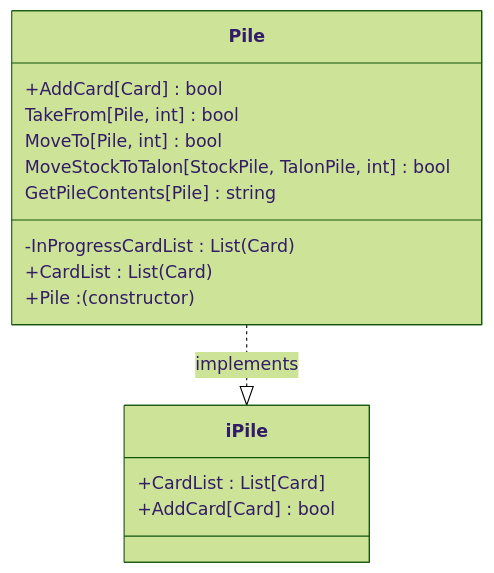
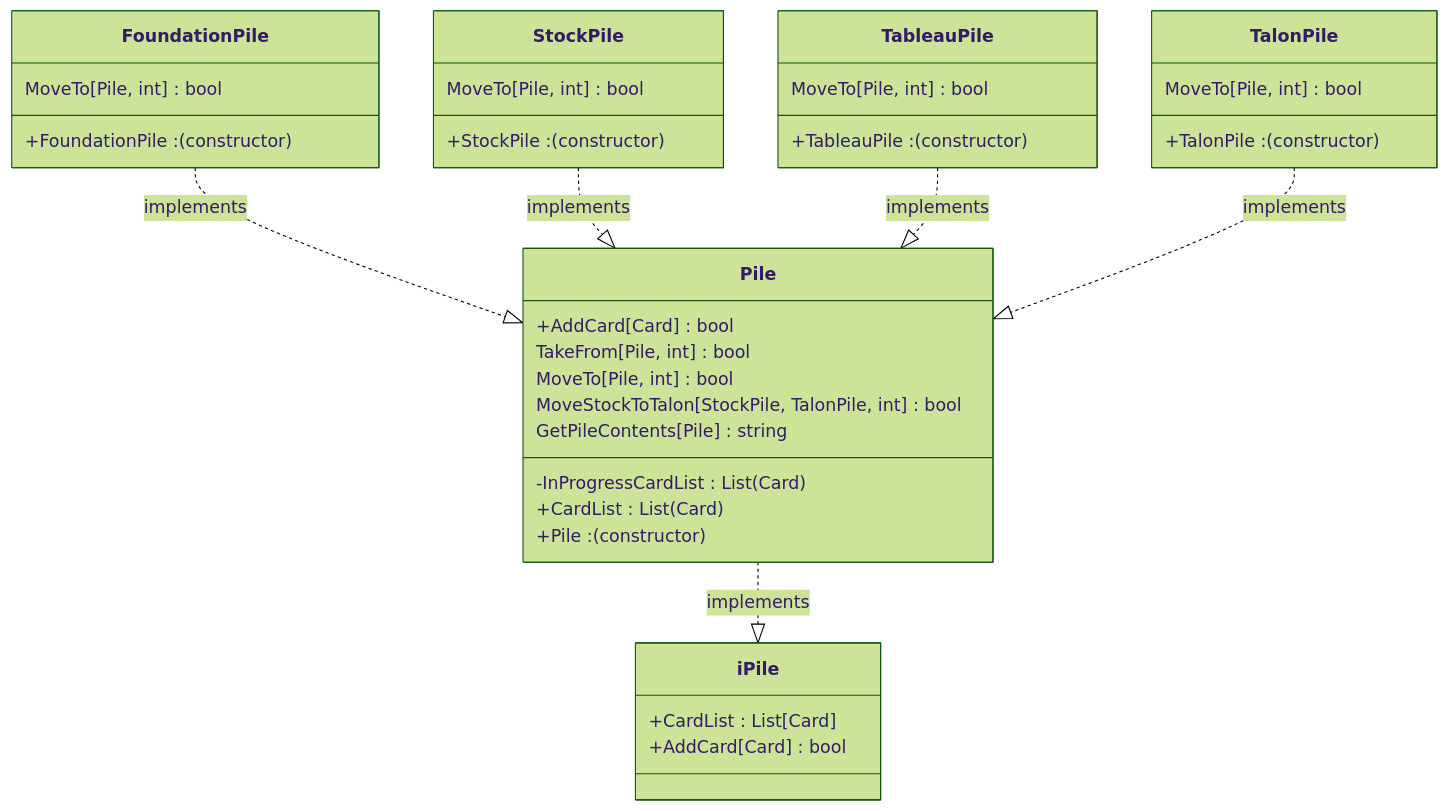
The first of 4 diagrams in README.md (JChrisCompton/Solitaire_TDD), drawn with Mermaid (forest theme) before and after one commit.

Commit message:
Added derived classes.

````diff
--- a/README.md
+++ b/README.md
@@ -9,19 +9,39 @@
 ```mermaid
 classDiagram
+	class FoundationPile {
+		MoveTo[Pile, int] : bool
+		+FoundationPile : (constructor)
+	}
+	FoundationPile ..|> Pile : implements
+	class StockPile {
+		MoveTo[Pile, int] : bool
+		+StockPile : (constructor)
+	}
+	StockPile ..|> Pile : implements
+	class TableauPile {
+		MoveTo[Pile, int] : bool
+		+TableauPile : (constructor)
+	}
+	TableauPile ..|> Pile : implements
+	class TalonPile {
+		MoveTo[Pile, int] : bool
+		+TalonPile : (constructor)
+	}
+	TalonPile ..|> Pile : implements
 	class Pile {
 		+AddCard[Card] : bool
 		TakeFrom[Pile, int] : bool
 		MoveTo[Pile, int] : bool
 		MoveStockToTalon[StockPile, TalonPile, int] : bool
 		GetPileContents[Pile] : string
 		-InProgressCardList : List(Card)
 		+CardList : List(Card)
 		+Pile : (constructor)
 	}
 	Pile ..|> iPile : implements
 	class iPile {
 		+CardList : List[Card]
 		+AddCard[Card] : bool
 	}
 	
 ```
````
